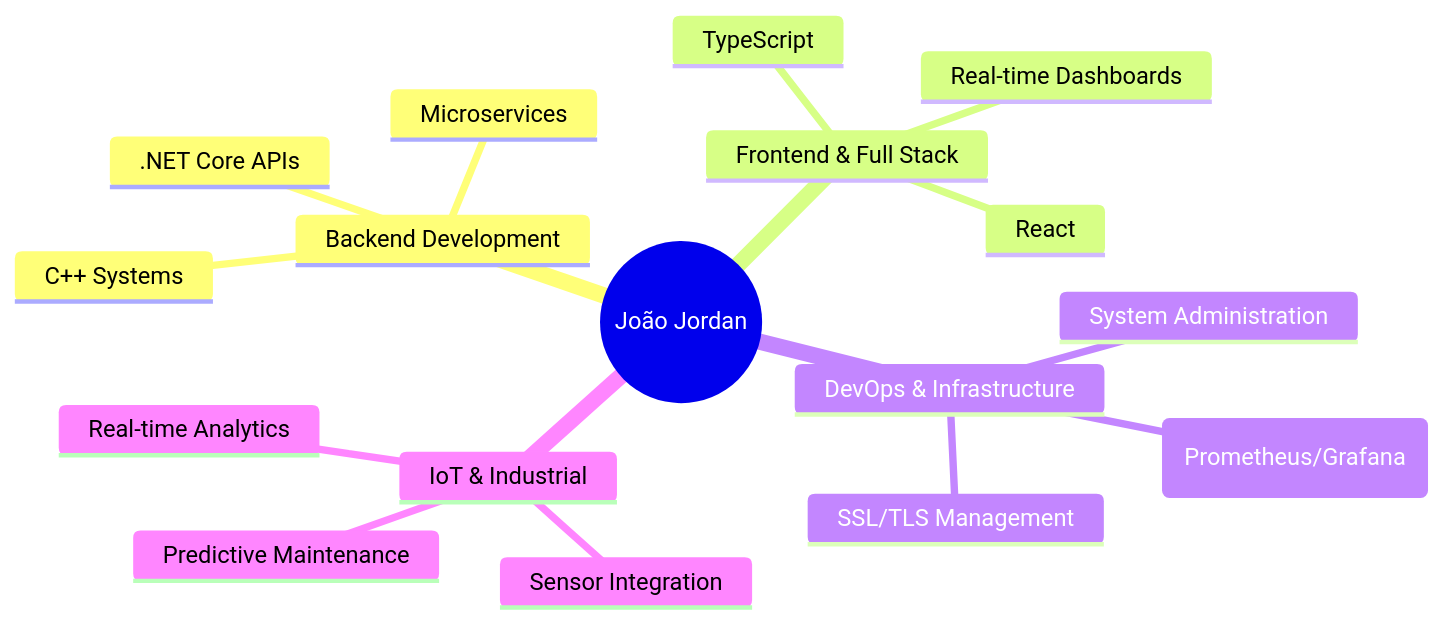
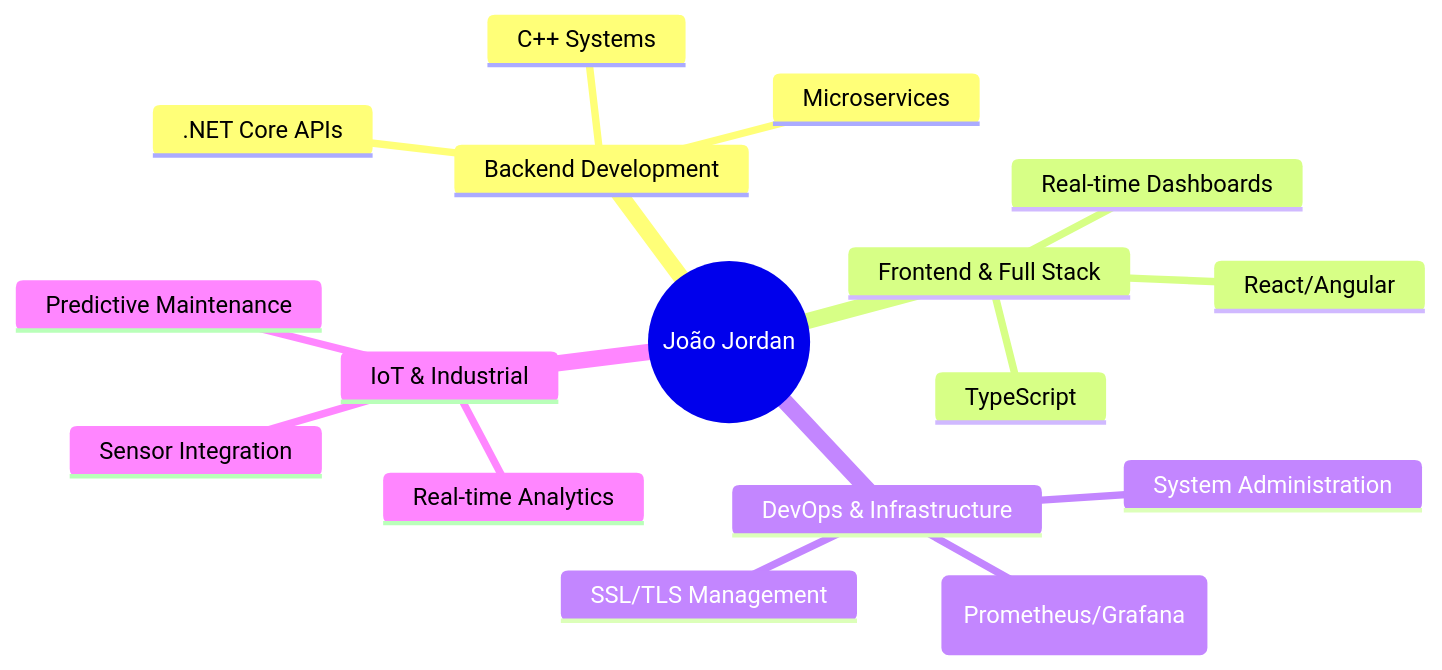
Before and after one commit to debjordan/debjordan: the diagram in README.md, drawn with Mermaid. The commit also changed other lines of this file, not shown here.

````diff
--- a/README.md
+++ b/README.md
@@ -94,20 +96,20 @@
 ```mermaid
 mindmap
   root((João Jordan))
     Backend Development
       C++ Systems
       .NET Core APIs
       Microservices
     Frontend & Full Stack
       TypeScript
-      React
+      React/Angular
       Real-time Dashboards
     DevOps & Infrastructure
       Monitoring (Prometheus/Grafana)
       SSL/TLS Management
       System Administration
     IoT & Industrial
       Sensor Integration
       Predictive Maintenance
       Real-time Analytics
 ```
````
